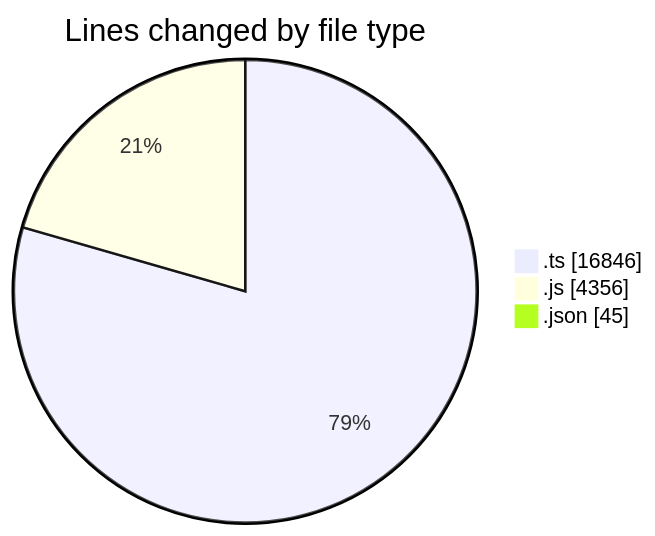
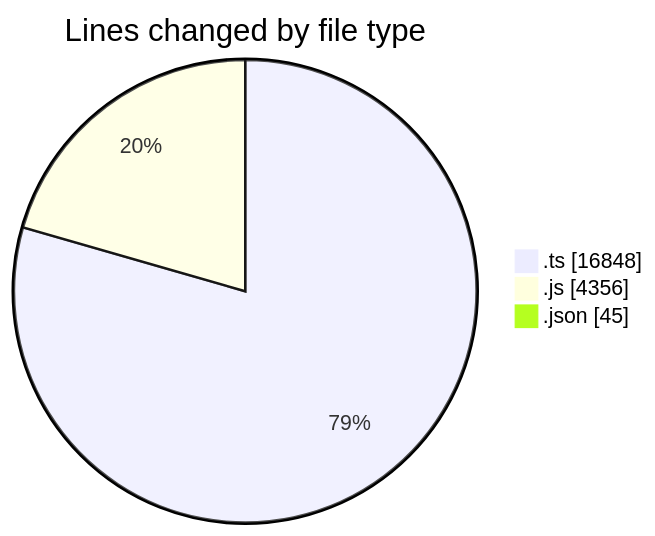
Before and after one commit to momahboobian/code-tracking: the first of 2 diagrams in 2025-07-29/cda/README.md, drawn with Mermaid. The commit also changed other lines of this file and 1 other file, not shown here.

````diff
--- a/2025-07-29/cda/README.md
+++ b/2025-07-29/cda/README.md
@@ -30,7 +30,7 @@
 ```mermaid
 pie showData
 title Lines changed by file type
-".ts" : 16846
+".ts" : 16848
 ".js" : 4356
 ".json" : 45
 ```
````
